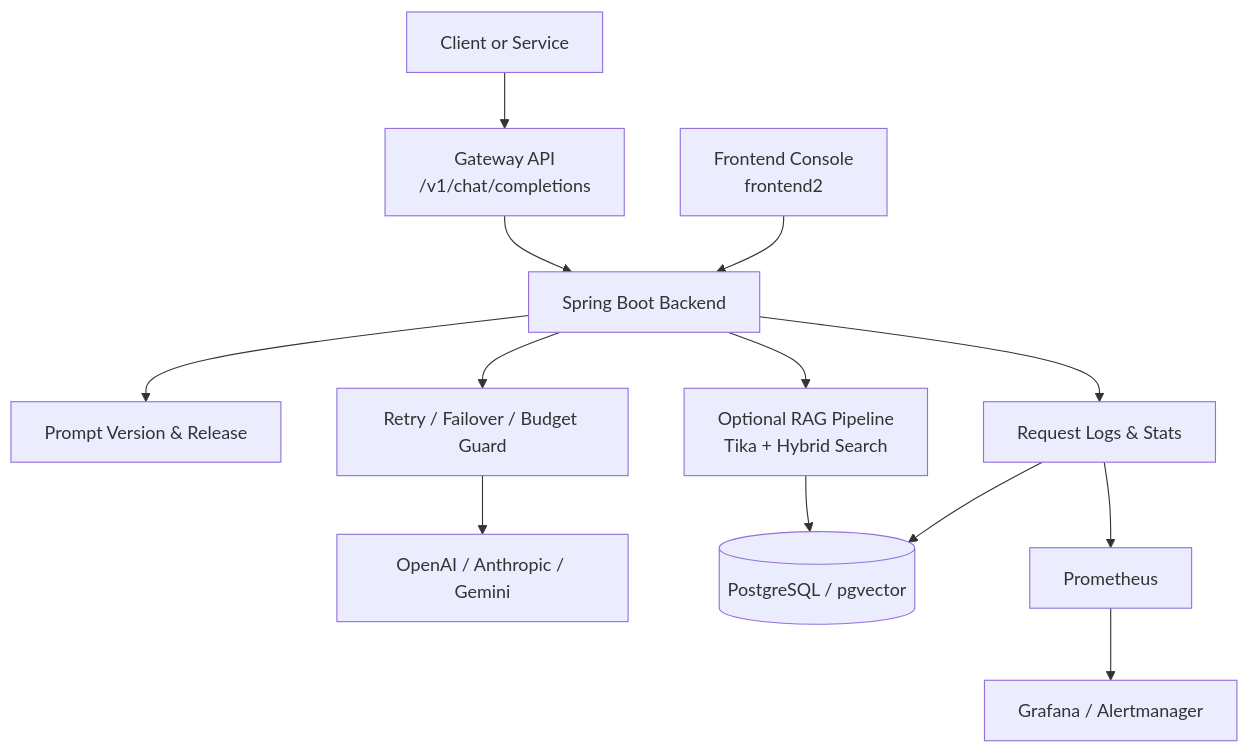
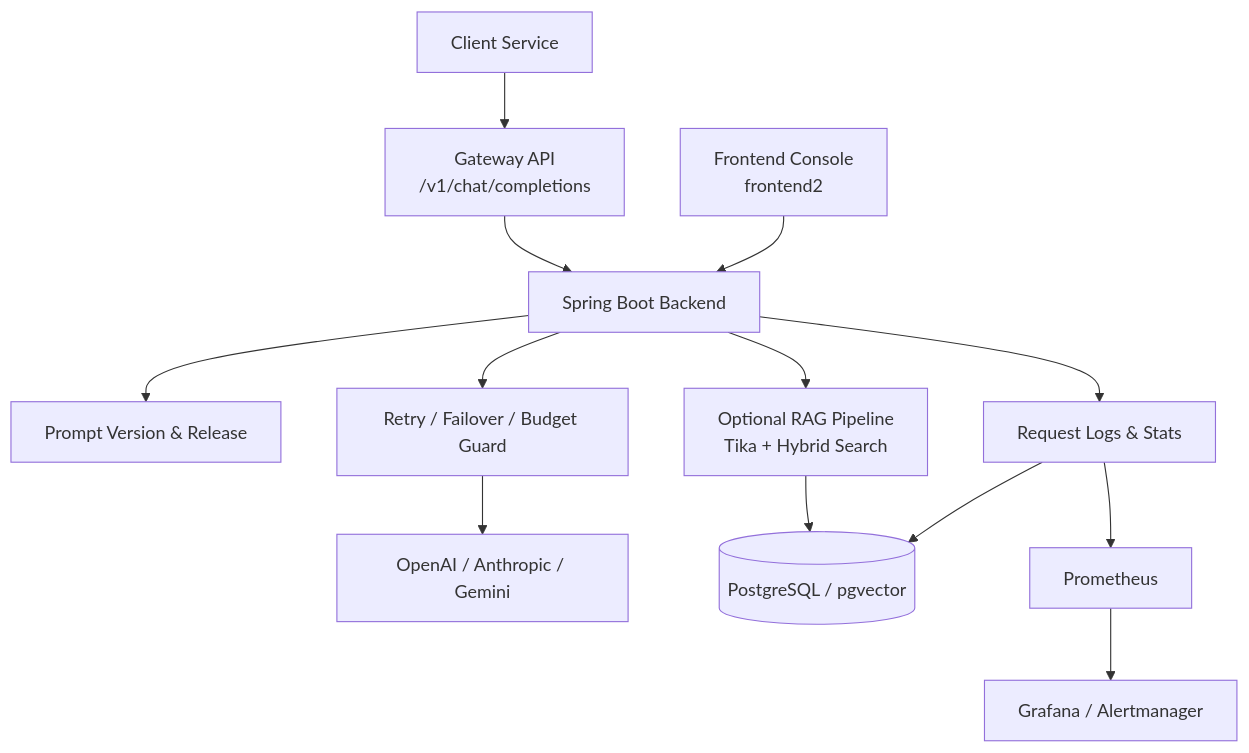
Before and after one commit to chanyong1027/sesac_team2: the diagram in README.md, drawn with Mermaid. The commit also changed other lines of this file, not shown here.

````diff
--- a/README.md
+++ b/README.md
@@ -34,15 +72,15 @@
 ```mermaid
 graph TD
-    A["Client or Service"] --> B["Gateway API<br/>/v1/chat/completions"]
+    A["Client Service"] --> B["Gateway API<br/>/v1/chat/completions"]
     H["Frontend Console<br/>frontend2"] --> C["Spring Boot Backend"]
     B --> C
     C --> D["Prompt Version & Release"]
     C --> E["Retry / Failover / Budget Guard"]
     E --> F["OpenAI / Anthropic / Gemini"]
     C --> G["Request Logs & Stats"]
     G --> I[("PostgreSQL / pgvector")]
     G --> J["Prometheus"]
     J --> K["Grafana / Alertmanager"]
     C --> L["Optional RAG Pipeline<br/>Tika + Hybrid Search"]
     L --> I
 ```
````
